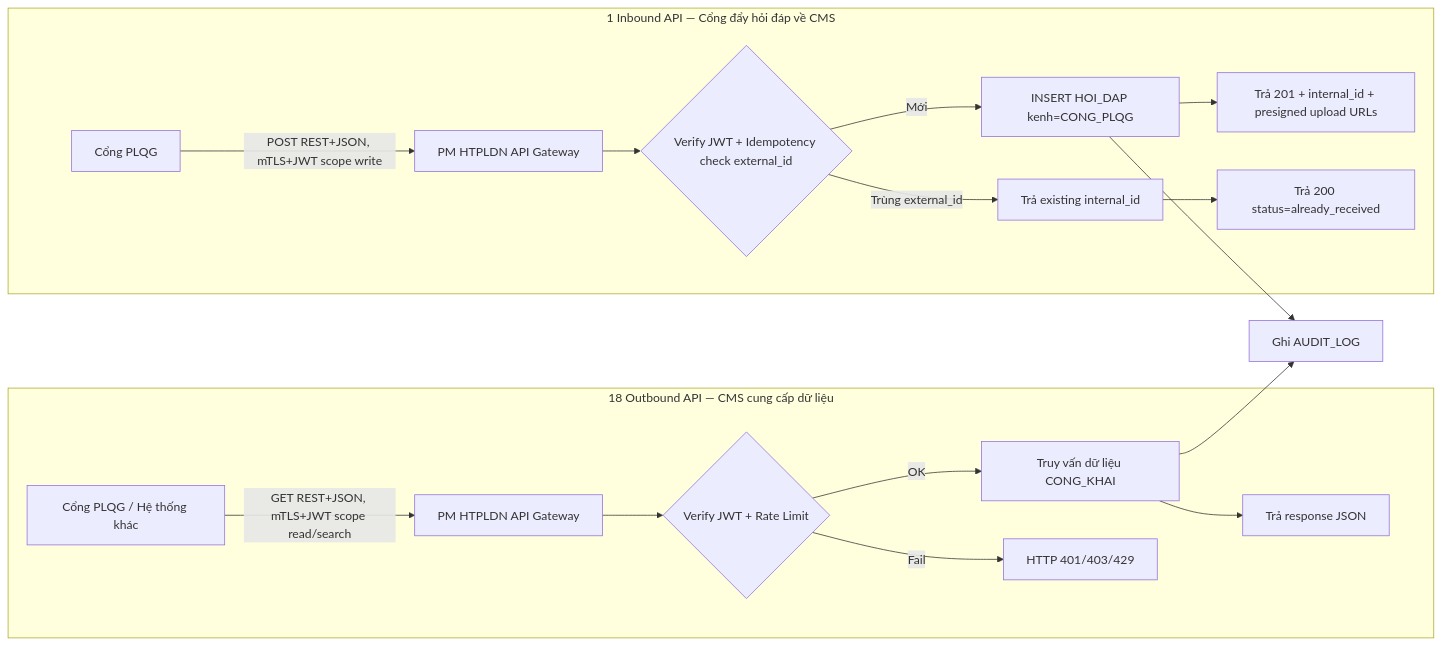
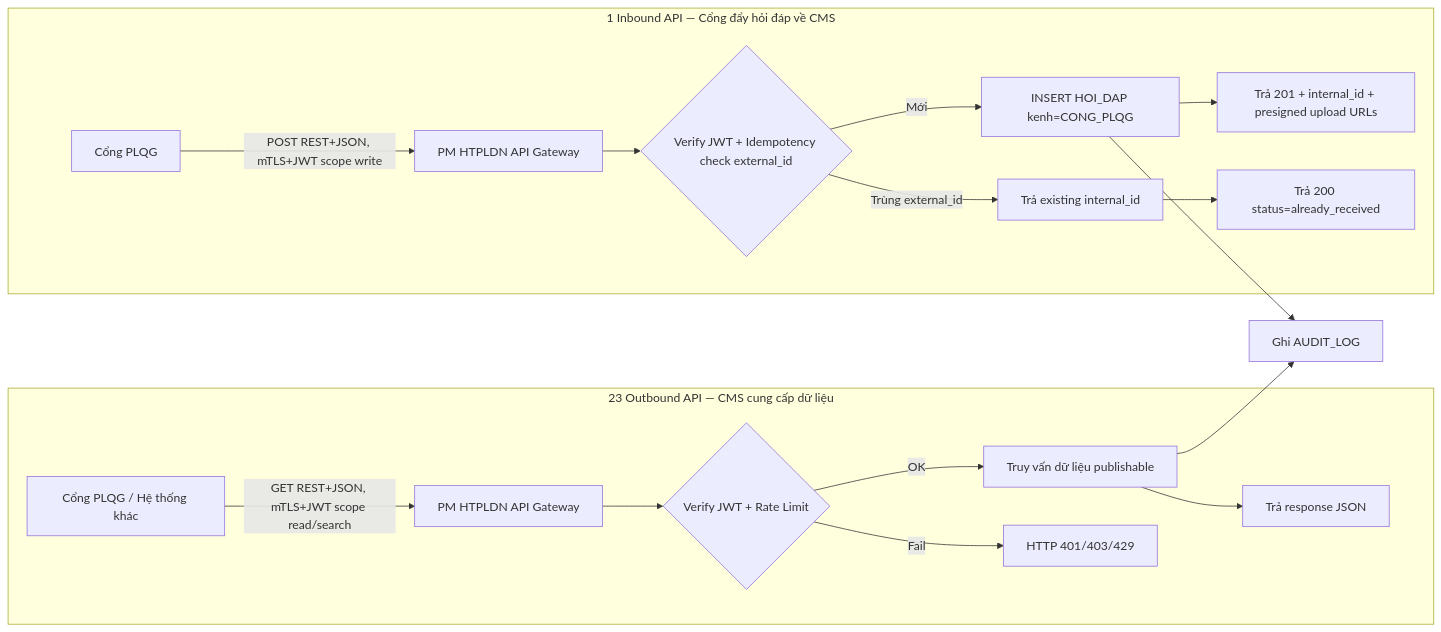
Before and after one commit to huongttt-0209/PM-HTPLDN: the first of 2 diagrams in input/srs-update-2026-5-5/srs-fr-16-api.md, drawn with Mermaid. The commit also changed other lines of this file and 48 other files, not shown here.

First line of the commit message:
Cập nhật quy trình QA, flow verify, SRS tham chiếu và .gitignore

````diff
--- a/input/srs-update-2026-5-5/srs-fr-16-api.md
+++ b/input/srs-update-2026-5-5/srs-fr-16-api.md
@@ -56,20 +59,20 @@
 ```mermaid
 graph LR
-    subgraph Outbound[18 Outbound API — CMS cung cấp dữ liệu]
+    subgraph Outbound[23 Outbound API — CMS cung cấp dữ liệu]
         A[Cổng PLQG / Hệ thống khác] -->|GET REST+JSON, mTLS+JWT scope read/search| B[PM HTPLDN API Gateway]
         B --> C{Verify JWT + Rate Limit}
-        C -->|OK| D[Truy vấn dữ liệu CONG_KHAI]
+        C -->|OK| D[Truy vấn dữ liệu publishable]
         D --> E[Trả response JSON]
         C -->|Fail| F[HTTP 401/403/429]
     end
     subgraph Inbound[1 Inbound API — Cổng đẩy hỏi đáp về CMS]
         G[Cổng PLQG] -->|POST REST+JSON, mTLS+JWT scope write| H[PM HTPLDN API Gateway]
         H --> I{Verify JWT + Idempotency check external_id}
         I -->|Mới| J[INSERT HOI_DAP kenh=CONG_PLQG]
         I -->|Trùng external_id| K[Trả existing internal_id]
         J --> L[Trả 201 + internal_id + presigned upload URLs]
         K --> M[Trả 200 status=already_received]
     end
     D --> N[Ghi AUDIT_LOG]
     J --> N
 ```
````
